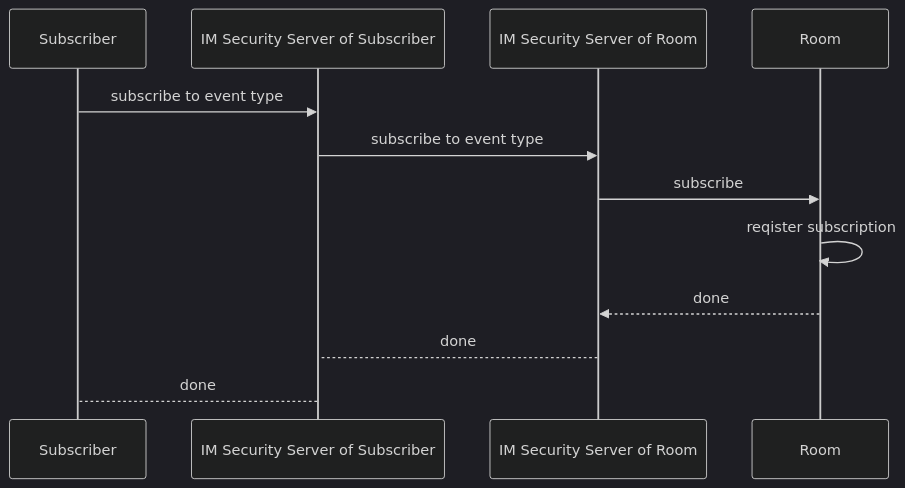
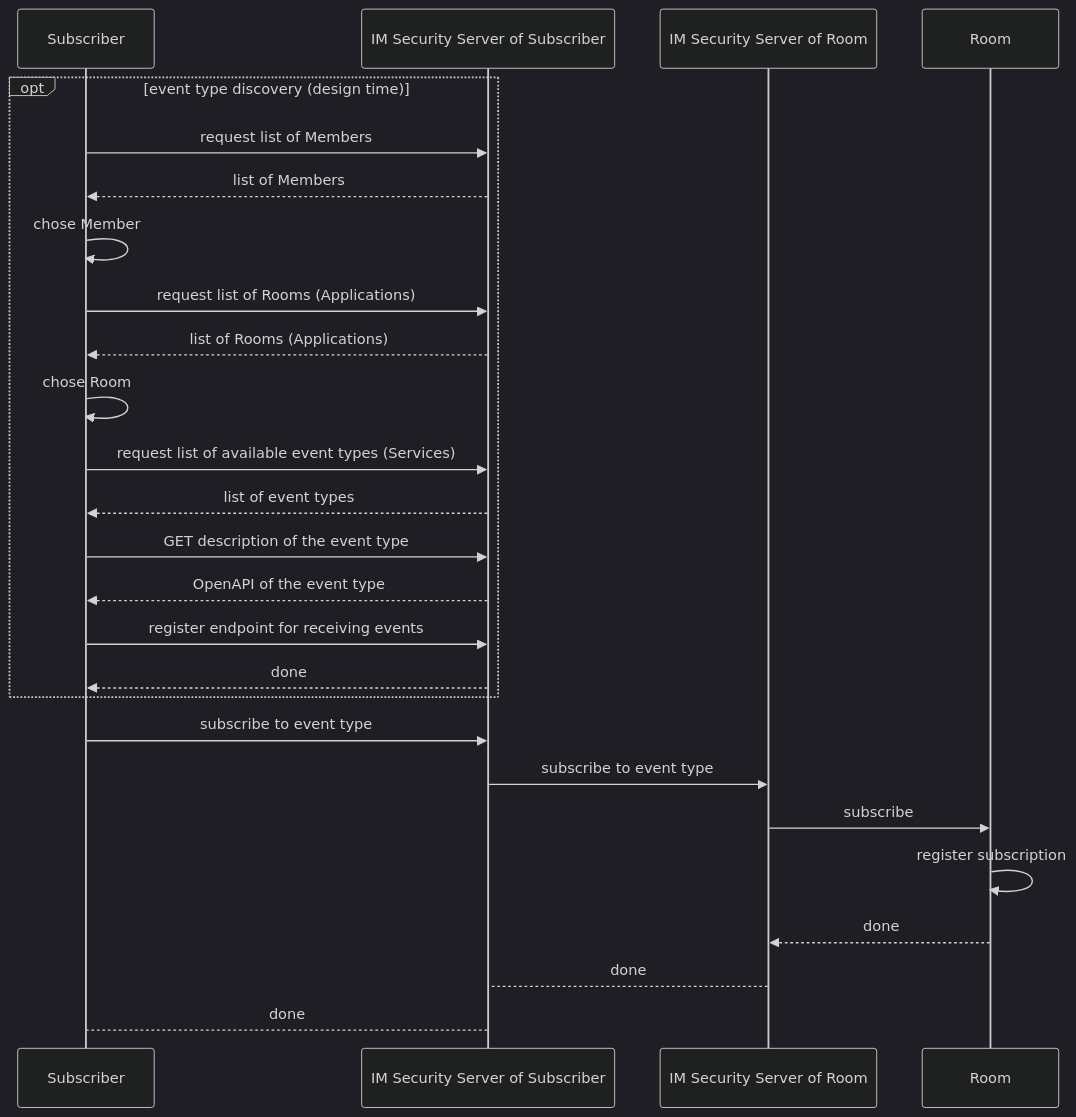
One commit to GovStackWorkingGroup/bb-information-mediator changed the fourth of 5 diagrams in spec/11-workflows.md. Above: the diagram before and after it, drawn with Mermaid (dark theme).

Commit message:
GITBOOK-41: IM-99 Room discovery

````diff
--- a/spec/11-workflows.md
+++ b/spec/11-workflows.md
@@ -95,14 +95,28 @@
 ```mermaid
 sequenceDiagram
 participant Subscriber
 participant SS1 as IM Security Server of Subscriber
 participant SS2 as IM Security Server of Room
 participant Room
+opt event type discovery (design time)
+Subscriber ->> SS1: request list of Members
+SS1 -->> Subscriber: list of Members
+Subscriber ->> Subscriber: chose Member
+Subscriber ->> SS1: request list of Rooms (Applications)
+SS1 -->> Subscriber: list of Rooms (Applications)
+Subscriber ->> Subscriber: chose Room
+Subscriber ->> SS1: request list of available event types (Services)
+SS1 -->> Subscriber: list of event types
+Subscriber ->> SS1: GET description of the event type
+SS1 -->> Subscriber: OpenAPI of the event type
+Subscriber ->> SS1: register endpoint for receiving events
+SS1 -->> Subscriber: done
+end
 Subscriber ->> SS1: subscribe to event type
 SS1 ->> SS2: subscribe to event type
 SS2 ->> Room: subscribe
-Room ->> Room: reqister subscription
+Room ->> Room: register subscription
 Room -->> SS2: done
 SS2 --> SS1: done
 SS1 --> Subscriber: done
 ```
````
